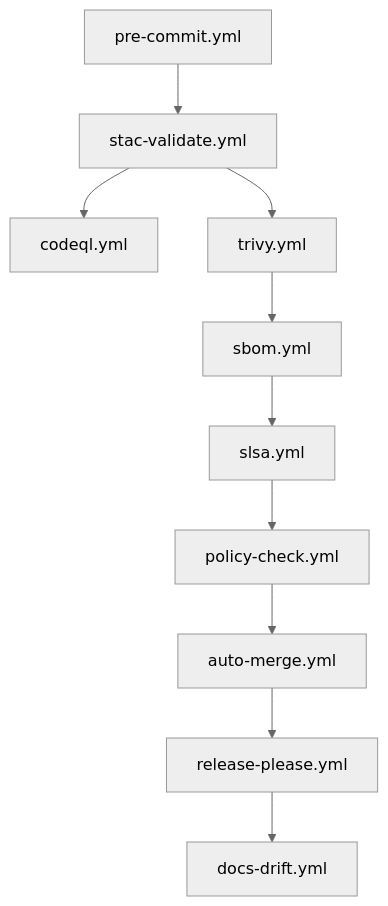
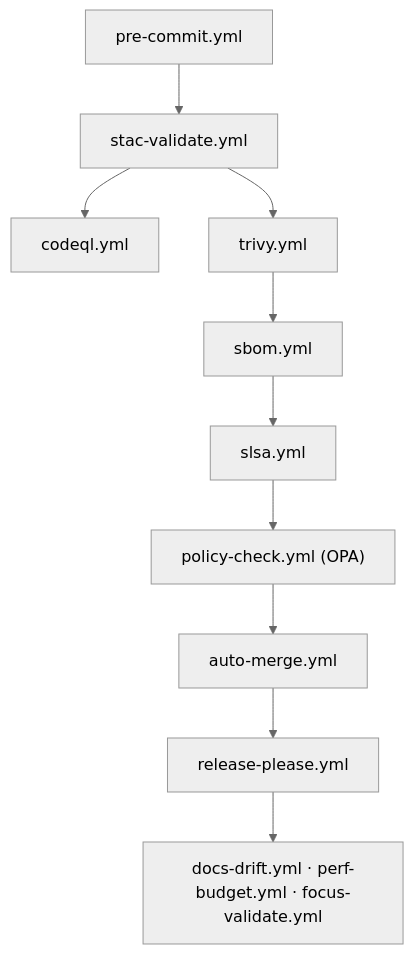
The second of 3 diagrams in ARCHITECTURE.md (bartytime4life/Kansas-Frontier-Matrix), drawn with Mermaid (neutral theme) before and after one commit. The commit also changed other lines of this file, not shown here.

First line of the commit message:
Upgrade architecture overview to version 4.2.0

````diff
--- a/ARCHITECTURE.md
+++ b/ARCHITECTURE.md
@@ -144,12 +133,12 @@
 ```mermaid
 flowchart TD
   A["pre-commit.yml"] --> B["stac-validate.yml"]
   B --> C["codeql.yml"]
   B --> D["trivy.yml"]
   D --> E["sbom.yml"]
   E --> F["slsa.yml"]
-  F --> G["policy-check.yml"]
+  F --> G["policy-check.yml (OPA)"]
   G --> H["auto-merge.yml"]
   H --> I["release-please.yml"]
-  I --> J["docs-drift.yml"]
+  I --> J["docs-drift.yml · perf-budget.yml · focus-validate.yml"]
 ```
````
